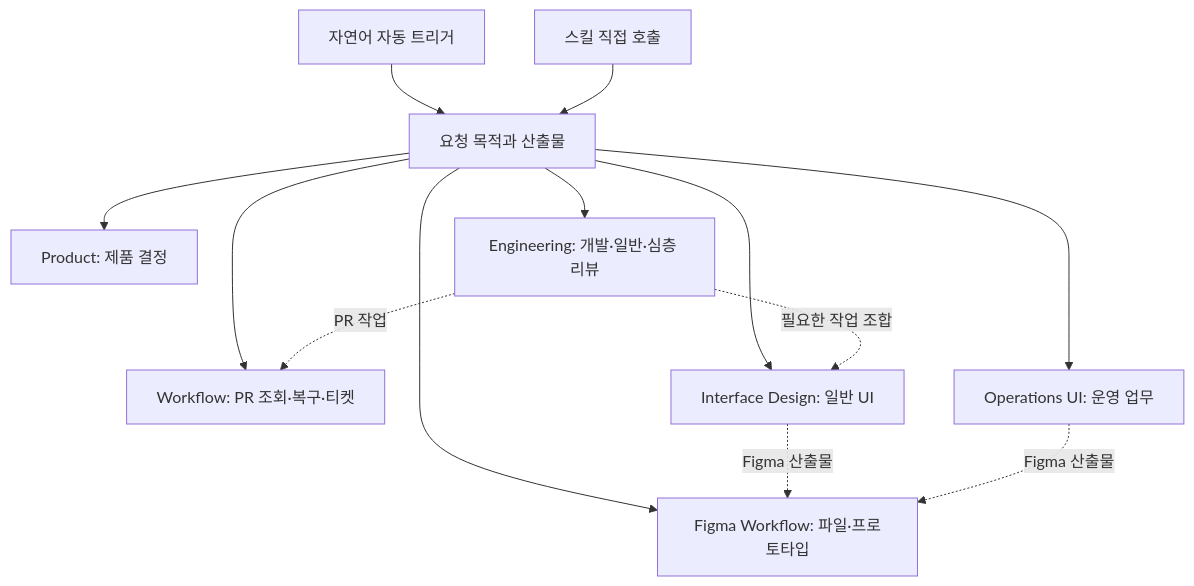
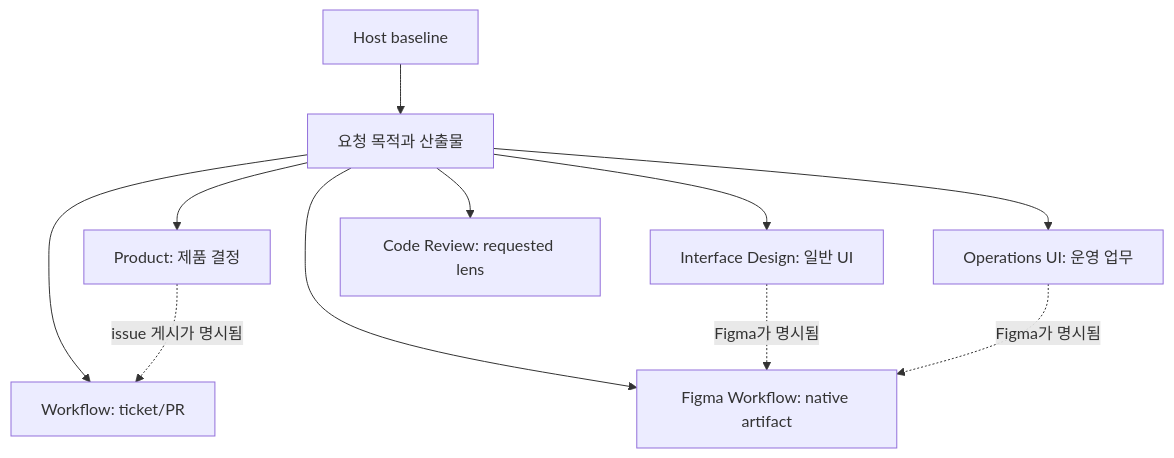
One commit to sonsu-lee/sonsu-marketplace changed the diagram in docs/architecture/interface-design.md. Above: the diagram before and after it, drawn with Mermaid. The commit also changed other lines of this file and 17 other files, not shown here.

````diff
--- a/docs/architecture/interface-design.md
+++ b/docs/architecture/interface-design.md
@@ -6,15 +6,13 @@
 ```mermaid
 flowchart TB
-  A[자연어 자동 트리거] --> R[요청 목적과 산출물]
-  B[스킬 직접 호출] --> R
-  R --> W[Workflow: PR 조회·복구·티켓]
+  H[Host baseline] --> R[요청 목적과 산출물]
   R --> P[Product: 제품 결정]
   R --> I[Interface Design: 일반 UI]
   R --> O[Operations UI: 운영 업무]
-  R --> F[Figma Workflow: 파일·프로토타입]
-  R --> E[Engineering: 개발·일반·심층 리뷰]
-  I -. Figma 산출물 .-> F
-  O -. Figma 산출물 .-> F
-  E -. 필요한 작업 조합 .-> I
-  E -. PR 작업 .-> W
+  R --> F[Figma Workflow: native artifact]
+  R --> W[Workflow: ticket/PR]
+  R --> C[Code Review: requested lens]
+  I -. Figma가 명시됨 .-> F
+  O -. Figma가 명시됨 .-> F
+  P -. issue 게시가 명시됨 .-> W
 ```
````
